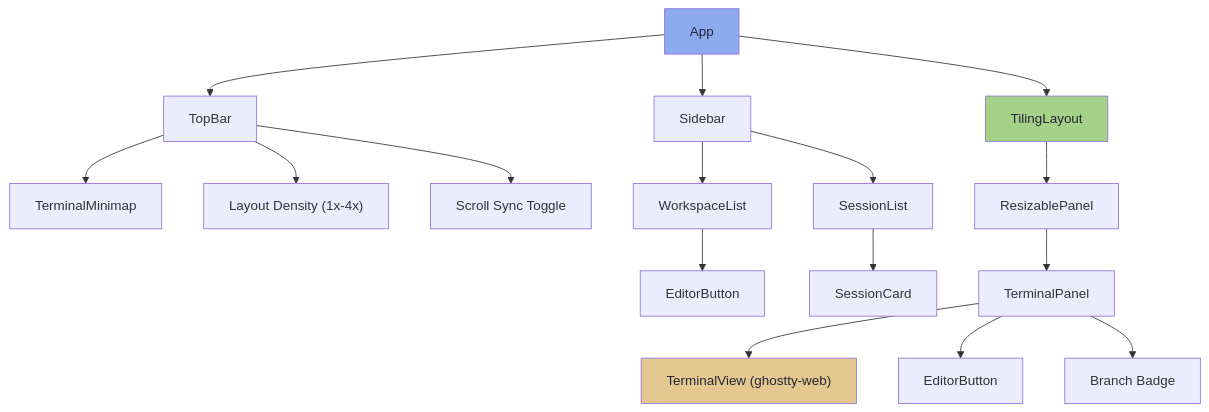
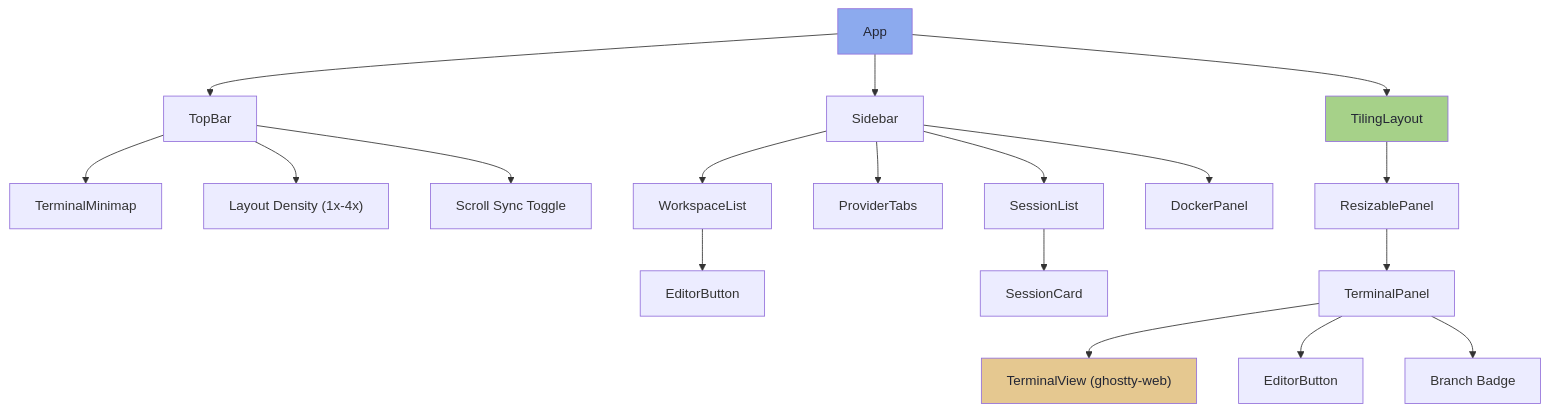
Before and after one commit to wilky-way/bord: the second of 6 diagrams in README.md, drawn with Mermaid. The commit also changed other lines of this file and 42 other files, not shown here.

````diff
--- a/README.md
+++ b/README.md
@@ -94,26 +177,28 @@
 ```mermaid
 graph TD
     App --> TopBar
     App --> Sidebar
     App --> TilingLayout
 
     TopBar --> TerminalMinimap
     TopBar --> LayoutDensityButtons["Layout Density (1x-4x)"]
     TopBar --> ScrollSyncToggle["Scroll Sync Toggle"]
 
     Sidebar --> WorkspaceList
+    Sidebar --> ProviderTabs
     Sidebar --> SessionList
+    Sidebar --> DockerPanel
     SessionList --> SessionCard
 
     TilingLayout --> ResizablePanel
     ResizablePanel --> TerminalPanel
     TerminalPanel --> TerminalView["TerminalView (ghostty-web)"]
     TerminalPanel --> EditorButton
     TerminalPanel --> GitBadge["Branch Badge"]
 
     WorkspaceList --> EditorButton2["EditorButton"]
 
     style App fill:#8caaee,color:#232634
     style TilingLayout fill:#a6d189,color:#232634
     style TerminalView fill:#e5c890,color:#232634
 ```
````
